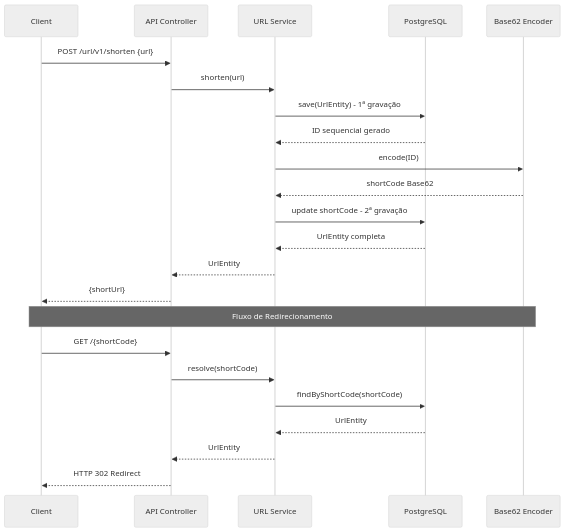
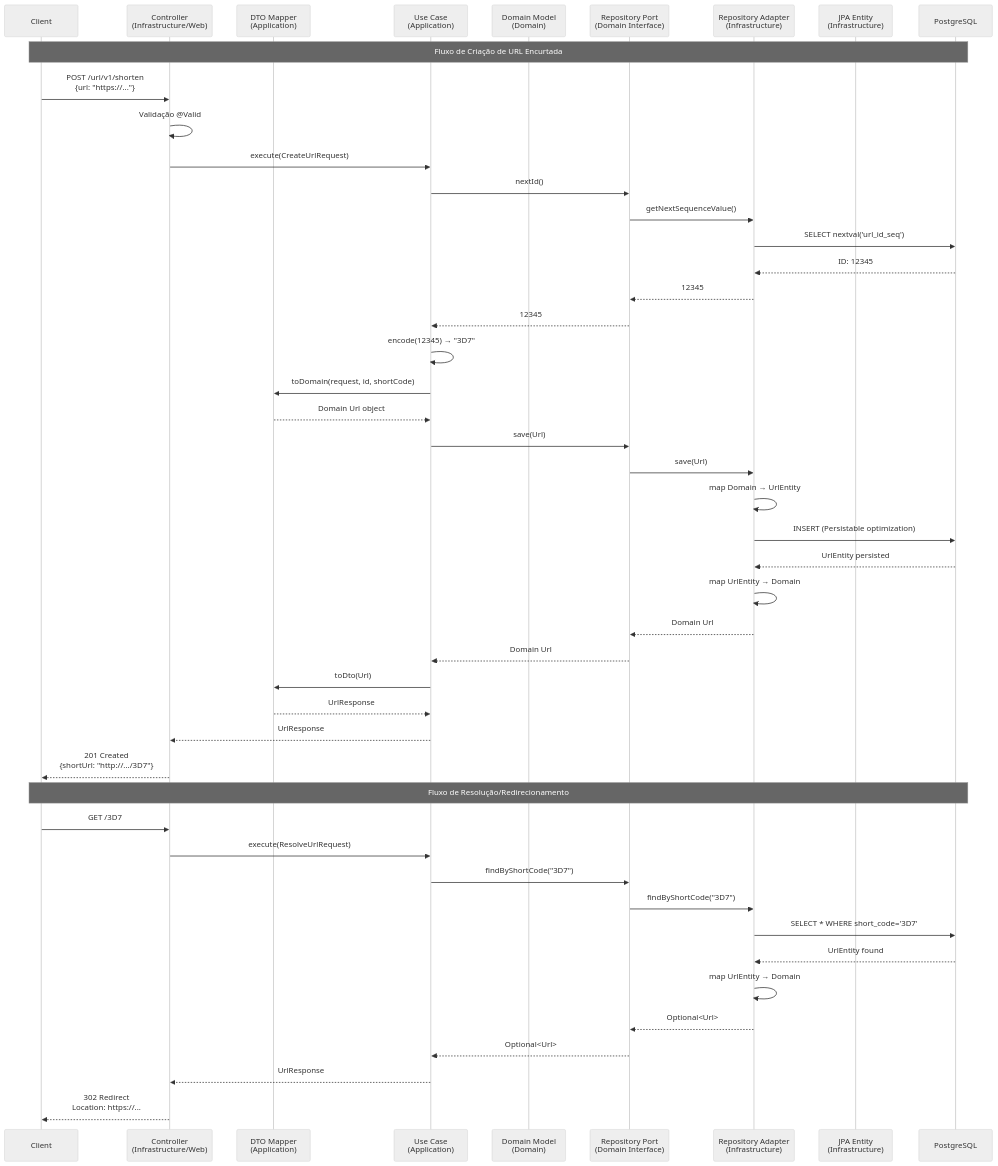
The diagram in README.md (PabloTzeliks/blink-link), drawn with Mermaid (neutral theme) before and after one commit. The commit also changed other lines of this file and 1 other file, not shown here.

First line of the commit message:
feat: Create comprehensive README.md v2.0.0 in PT-BR

````diff
--- a/README.md
+++ b/README.md
@@ -56,28 +30,53 @@
 ```mermaid
 sequenceDiagram
     participant Client
-    participant API as API Controller
-    participant Service as URL Service
+    participant Controller as Controller<br/>(Infrastructure/Web)
+    participant DTO as DTO Mapper<br/>(Application)
+    participant UseCase as Use Case<br/>(Application)
+    participant Domain as Domain Model<br/>(Domain)
+    participant Port as Repository Port<br/>(Domain Interface)
+    participant Adapter as Repository Adapter<br/>(Infrastructure)
+    participant Entity as JPA Entity<br/>(Infrastructure)
     participant DB as PostgreSQL
-    participant Encoder as Base62 Encoder
 
-    Client->>API: POST /url/v1/shorten {url}
-    API->>Service: shorten(url)
-    Service->>DB: save(UrlEntity) - 1ª gravação
-    DB-->>Service: ID sequencial gerado
-    Service->>Encoder: encode(ID)
-    Encoder-->>Service: shortCode Base62
-    Service->>DB: update shortCode - 2ª gravação
-    DB-->>Service: UrlEntity completa
-    Service-->>API: UrlEntity
-    API-->>Client: {shortUrl}
+    Note over Client,DB: Fluxo de Criação de URL Encurtada
     
-    Note over Client,Encoder: Fluxo de Redirecionamento
+    Client->>Controller: POST /url/v1/shorten<br/>{url: "https://..."}
+    Controller->>Controller: Validação @Valid
+    Controller->>UseCase: execute(CreateUrlRequest)
+    UseCase->>Port: nextId()
+    Port->>Adapter: getNextSequenceValue()
+    Adapter->>DB: SELECT nextval('url_id_seq')
+    DB-->>Adapter: ID: 12345
+    Adapter-->>Port: 12345
+    Port-->>UseCase: 12345
+    UseCase->>UseCase: encode(12345) → "3D7"
+    UseCase->>DTO: toDomain(request, id, shortCode)
+    DTO-->>UseCase: Domain Url object
+    UseCase->>Port: save(Url)
+    Port->>Adapter: save(Url)
+    Adapter->>Adapter: map Domain → UrlEntity
+    Adapter->>DB: INSERT (Persistable optimization)
+    DB-->>Adapter: UrlEntity persisted
+    Adapter->>Adapter: map UrlEntity → Domain
+    Adapter-->>Port: Domain Url
+    Port-->>UseCase: Domain Url
+    UseCase->>DTO: toDto(Url)
+    DTO-->>UseCase: UrlResponse
+    UseCase-->>Controller: UrlResponse
+    Controller-->>Client: 201 Created<br/>{shortUrl: "http://.../3D7"}
     
-    Client->>API: GET /{shortCode}
-    API->>Service: resolve(shortCode)
-    Service->>DB: findByShortCode(shortCode)
-    DB-->>Service: UrlEntity
-    Service-->>API: UrlEntity
-    API-->>Client: HTTP 302 Redirect
+    Note over Client,DB: Fluxo de Resolução/Redirecionamento
+    
+    Client->>Controller: GET /3D7
+    Controller->>UseCase: execute(ResolveUrlRequest)
+    UseCase->>Port: findByShortCode("3D7")
+    Port->>Adapter: findByShortCode("3D7")
+    Adapter->>DB: SELECT * WHERE short_code='3D7'
+    DB-->>Adapter: UrlEntity found
+    Adapter->>Adapter: map UrlEntity → Domain
+    Adapter-->>Port: Optional<Url>
+    Port-->>UseCase: Optional<Url>
+    UseCase-->>Controller: UrlResponse
+    Controller-->>Client: 302 Redirect<br/>Location: https://...
 ```
````
